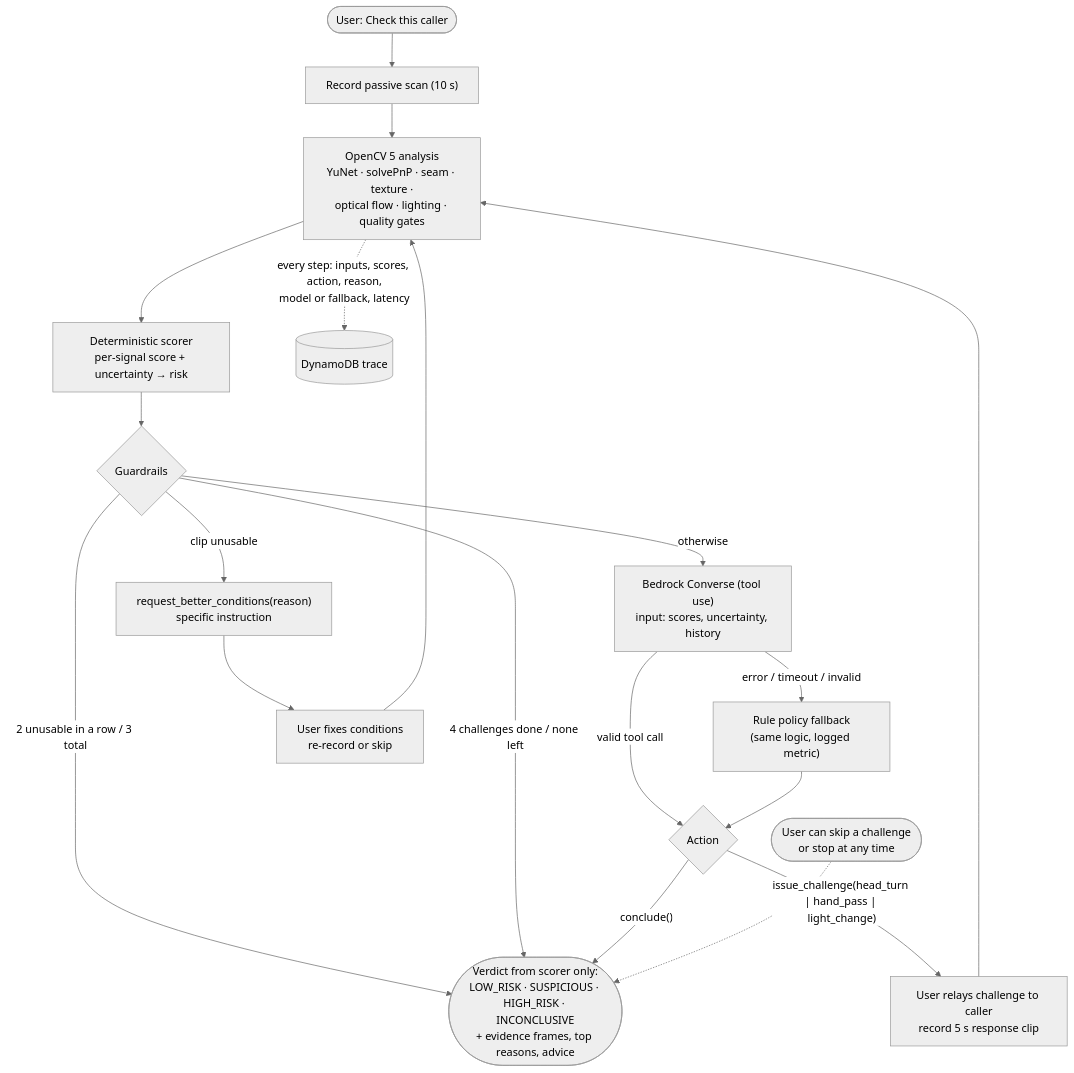
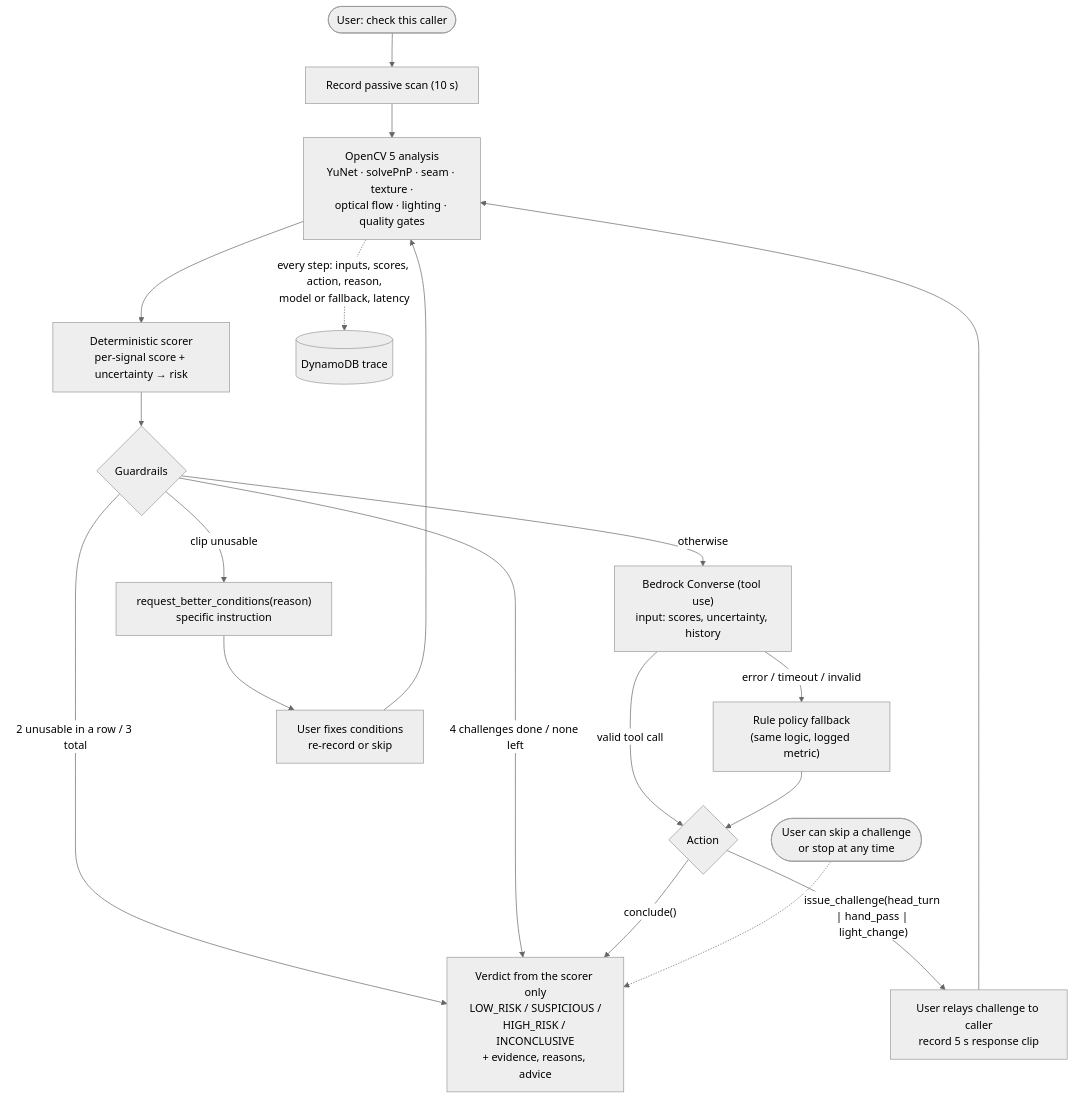
The diagram in docs/agent-workflow.md (breakthrough-child/unmask), drawn with Mermaid (neutral theme) before and after one commit. The commit also changed 27 other files, not shown here.

First line of the commit message:
Faster detection/flow, decisive-signal early stop, ordered challenges, diagrams, samples

````diff
--- a/docs/agent-workflow.md
+++ b/docs/agent-workflow.md
@@ -5,21 +5,21 @@
 ```mermaid
 flowchart TD
-  Start(["User: Check this caller"]) --> P["Record passive scan (10 s)"]
+  Start(["User: check this caller"]) --> P["Record passive scan (10 s)"]
   P --> V["OpenCV 5 analysis<br/>YuNet · solvePnP · seam · texture ·<br/>optical flow · lighting · quality gates"]
   V --> S["Deterministic scorer<br/>per-signal score + uncertainty → risk"]
   S --> G{"Guardrails"}
   G -- "clip unusable" --> RB["request_better_conditions(reason)<br/>specific instruction"]
   G -- "2 unusable in a row / 3 total" --> C
   G -- "4 challenges done / none left" --> C
   G -- "otherwise" --> M["Bedrock Converse (tool use)<br/>input: scores, uncertainty, history"]
   M -- "valid tool call" --> D{"Action"}
   M -- "error / timeout / invalid" --> R["Rule policy fallback<br/>(same logic, logged metric)"]
   R --> D
   D -- "issue_challenge(head_turn | hand_pass | light_change)" --> CH["User relays challenge to caller<br/>record 5 s response clip"]
   D -- "conclude()" --> C
   CH --> V
   RB --> RR["User fixes conditions<br/>re-record or skip"] --> V
-  C(["Verdict from scorer only:<br/>LOW_RISK · SUSPICIOUS · HIGH_RISK · INCONCLUSIVE<br/>+ evidence frames, top reasons, advice"])
+  C["Verdict from the scorer only<br/>LOW_RISK / SUSPICIOUS /<br/>HIGH_RISK / INCONCLUSIVE<br/>+ evidence, reasons, advice"]
   U(["User can skip a challenge<br/>or stop at any time"]) -.-> C
   V -. "every step: inputs, scores, action, reason,<br/>model or fallback, latency" .-> T[("DynamoDB trace")]
 ```
````
